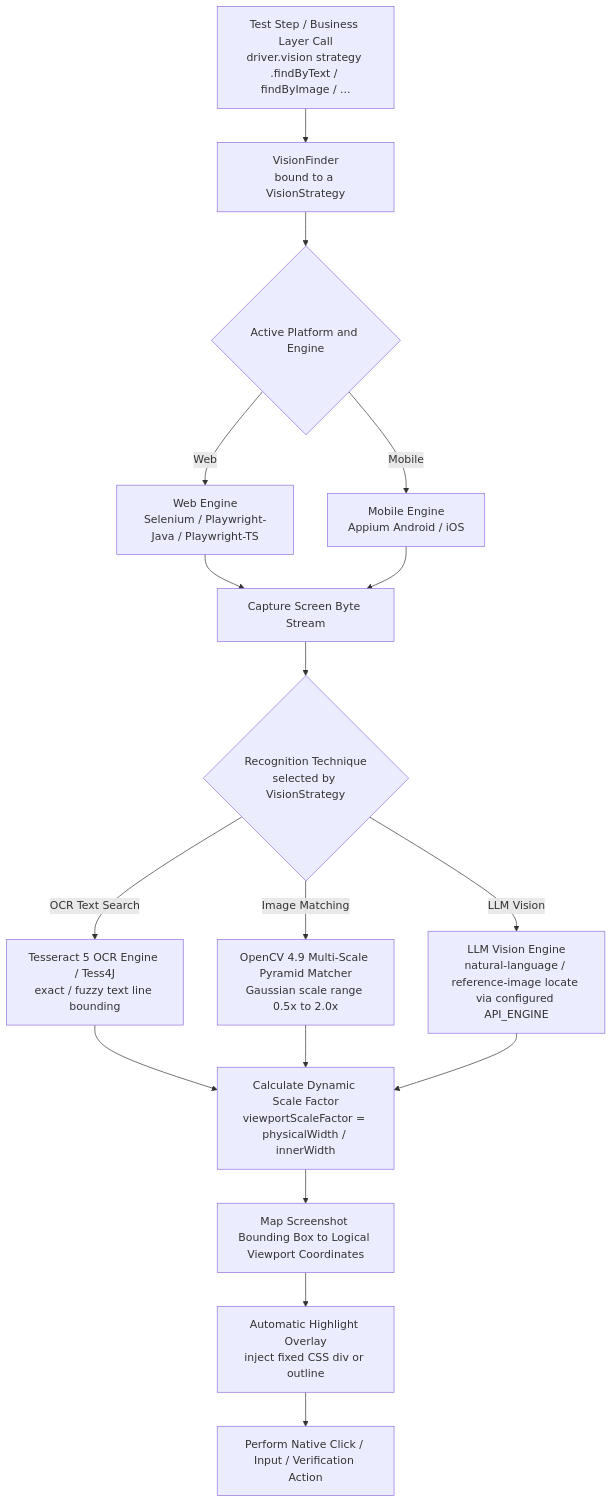
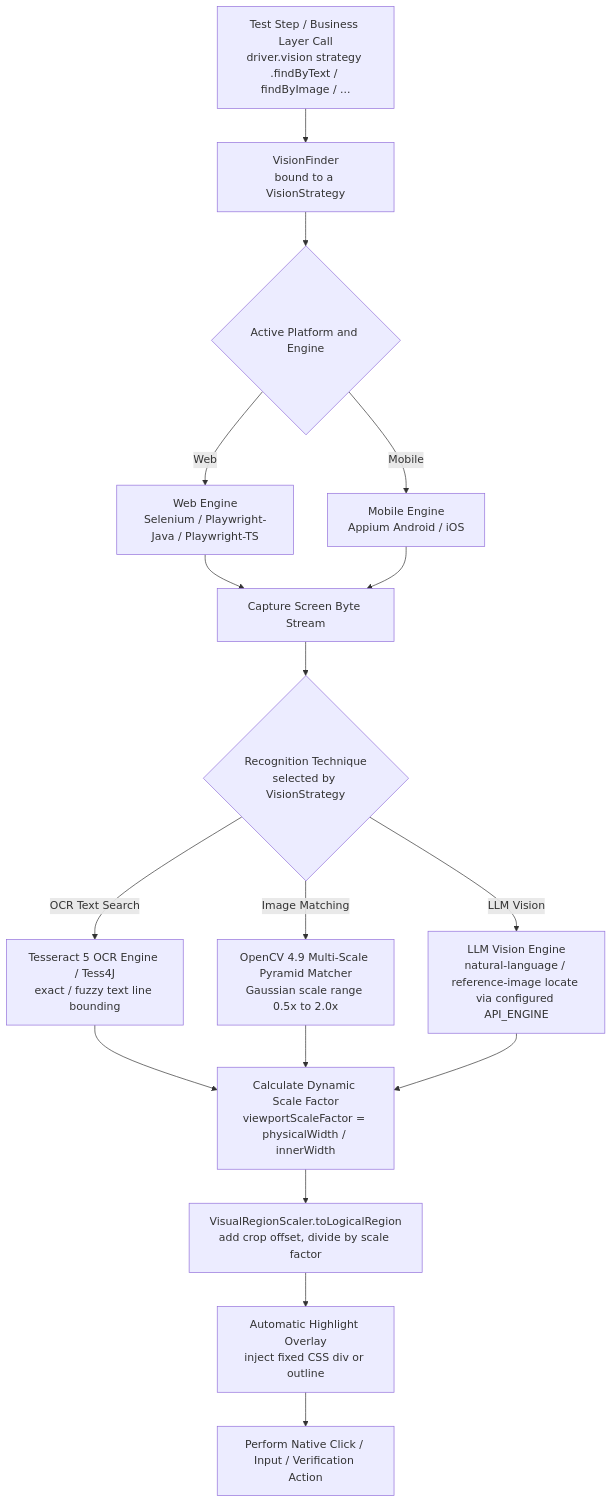
One commit to anandbagmar/teswiz changed the first of 2 diagrams in docs/subsystems/ocr-and-image-recognition.md. Above: the diagram before and after it, drawn with Mermaid. The commit also changed other lines of this file, not shown here.

First line of the commit message:
Document VisualRegionScaler coordinate conversion

````diff
--- a/docs/subsystems/ocr-and-image-recognition.md
+++ b/docs/subsystems/ocr-and-image-recognition.md
@@ -59,24 +59,24 @@
 ```mermaid
 flowchart TD
     A["Test Step / Business Layer Call<br/>driver.vision strategy .findByText / findByImage / ..."] --> B["VisionFinder<br/>bound to a VisionStrategy"]
     B --> C{"Active Platform and Engine"}
 
     C -->|Web| D1["Web Engine<br/>Selenium / Playwright-Java / Playwright-TS"]
     C -->|Mobile| D2["Mobile Engine<br/>Appium Android / iOS"]
 
     D1 --> E["Capture Screen Byte Stream"]
     D2 --> E
 
     E --> F{"Recognition Technique<br/>selected by VisionStrategy"}
     F -->|OCR Text Search| G1["Tesseract 5 OCR Engine / Tess4J<br/>exact / fuzzy text line bounding"]
     F -->|Image Matching| G2["OpenCV 4.9 Multi-Scale Pyramid Matcher<br/>Gaussian scale range 0.5x to 2.0x"]
     F -->|LLM Vision| G3["LLM Vision Engine<br/>natural-language / reference-image locate via configured API_ENGINE"]
 
     G1 --> H["Calculate Dynamic Scale Factor<br/>viewportScaleFactor = physicalWidth / innerWidth"]
     G2 --> H
     G3 --> H
 
-    H --> I["Map Screenshot Bounding Box to Logical Viewport Coordinates"]
+    H --> I["VisualRegionScaler.toLogicalRegion<br/>add crop offset, divide by scale factor"]
     I --> J["Automatic Highlight Overlay<br/>inject fixed CSS div or outline"]
     J --> K["Perform Native Click / Input / Verification Action"]
 ```
````
